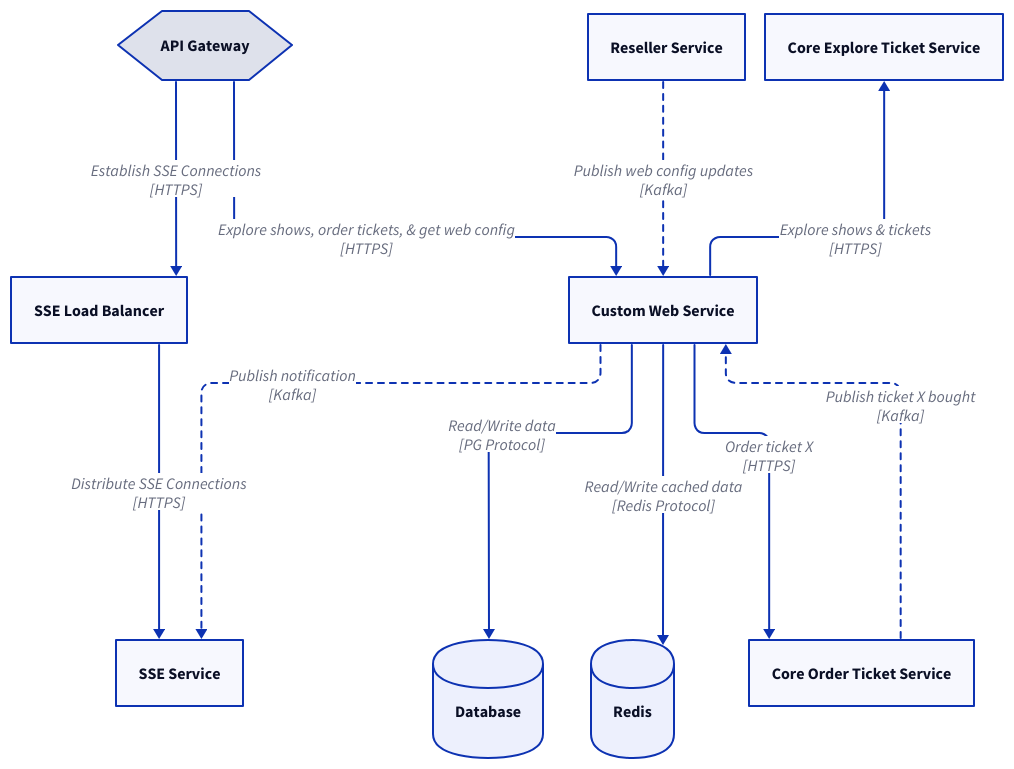
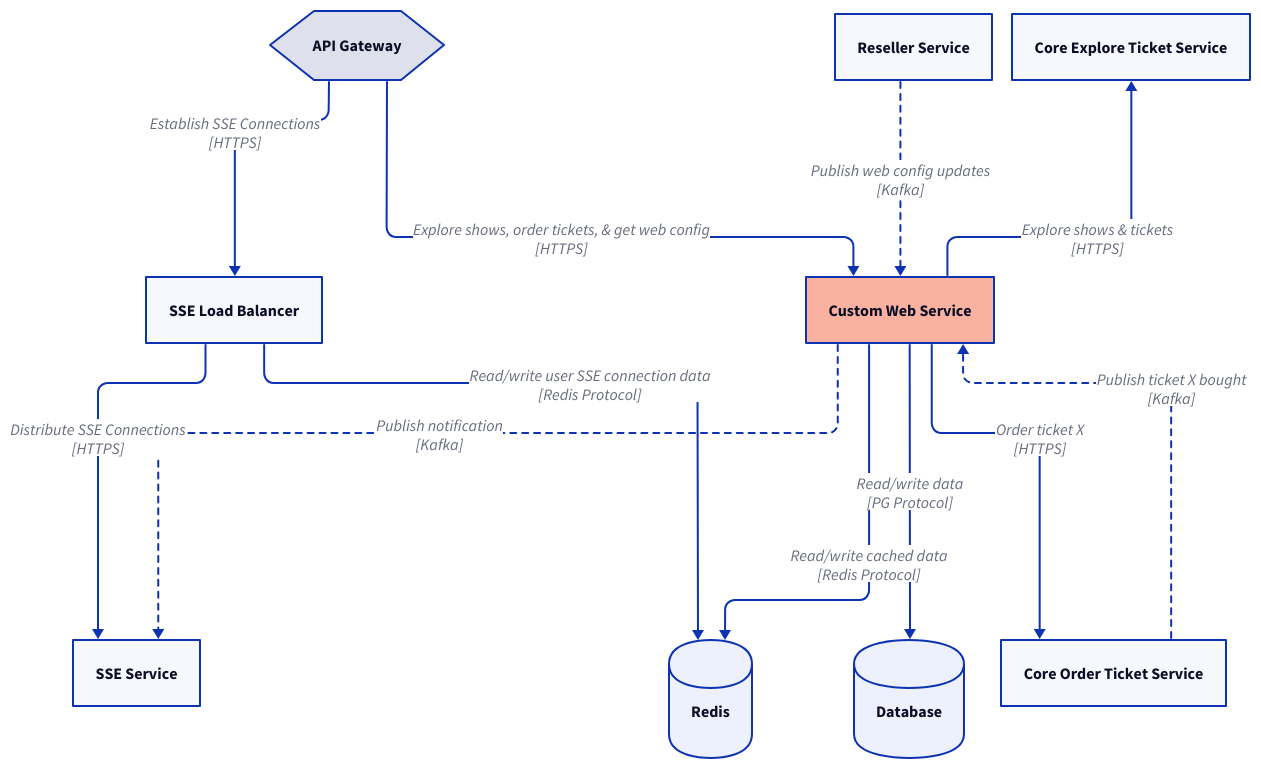
Before and after one commit to pramindanata/architecture-katas: the diagram in kata/ticket-to-serve/asset/custom-web-service-architecture.d2, drawn with D2. The commit also changed 7 other files, not shown here.

Commit message:
modify some diagrams

```diff
--- a/kata/ticket-to-serve/asset/custom-web-service-architecture.d2
+++ b/kata/ticket-to-serve/asset/custom-web-service-architecture.d2
@@ -1,45 +1,50 @@
 vars: {
   d2-config: {
     layout-engine: elk
   }
 }
 
 gateway: {
   label: API Gateway
   shape: hexagon
 }
-customService: Custom Web Service
+customService: {
+  label: Custom Web Service
+  style.fill: "#fab1a0"
+}
 resellerService: Reseller Service
 coreOrderTicketService: Core Order Ticket Service
 coreExploreTicketService: Core Explore Ticket Service
 db: {
   label: Database
   shape: cylinder
 }
 redis: {
   label: Redis
   shape: cylinder
 }
 sseLoadBalancer: SSE Load Balancer
 sseService: SSE Service
 
 gateway -> customService: "Explore shows, order tickets, & get web config\n[HTTPS]"
 resellerService -> customService: {
   label: "Publish web config updates\n[Kafka]"
   style.stroke-dash: 3
 }
 gateway -> sseLoadBalancer: "Establish SSE Connections\n[HTTPS]"
+sseLoadBalancer -> redis: "Read/write user SSE connection data\n[Redis Protocol]"
 sseLoadBalancer -> sseService: "Distribute SSE Connections\n[HTTPS]"
 customService -> sseService: {
   label: "Publish notification\n[Kafka]"
   style.stroke-dash: 3
 }
 
-customService -> db: "Read/Write data\n[PG Protocol]"
-customService -> redis: "Read/Write cached data\n[Redis Protocol]"
+
+customService -> redis: "Read/write cached data\n[Redis Protocol]"
+customService -> db: "Read/write data\n[PG Protocol]"
 coreExploreTicketService <- customService: "Explore shows & tickets\n[HTTPS]"
 customService -> coreOrderTicketService: "Order ticket X\n[HTTPS]"
 coreOrderTicketService -> customService: {
   label: "Publish ticket X bought\n[Kafka]"
   style.stroke-dash: 3
 }
```
